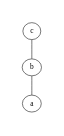
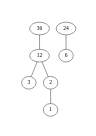
The diagram in hasse.gv (JairGF05/identificador_relaciones), drawn with Graphviz before and after one commit. The commit also changed 2 other files, not shown here.

Commit message:
modificado hasse_diagram.py aun por revisar

```diff
--- a/hasse.gv
+++ b/hasse.gv
@@ -1,6 +1,9 @@
 graph G {
 	size=.5
 	node [height=.2 width=.2]
-	c -- b
-	b -- a
+	36 -- 12
+	24 -- 6
+	12 -- 3
+	12 -- 2
+	2 -- 1
 }
```
